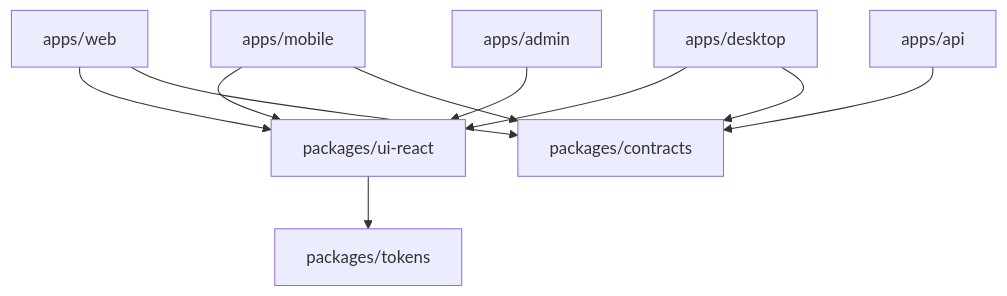
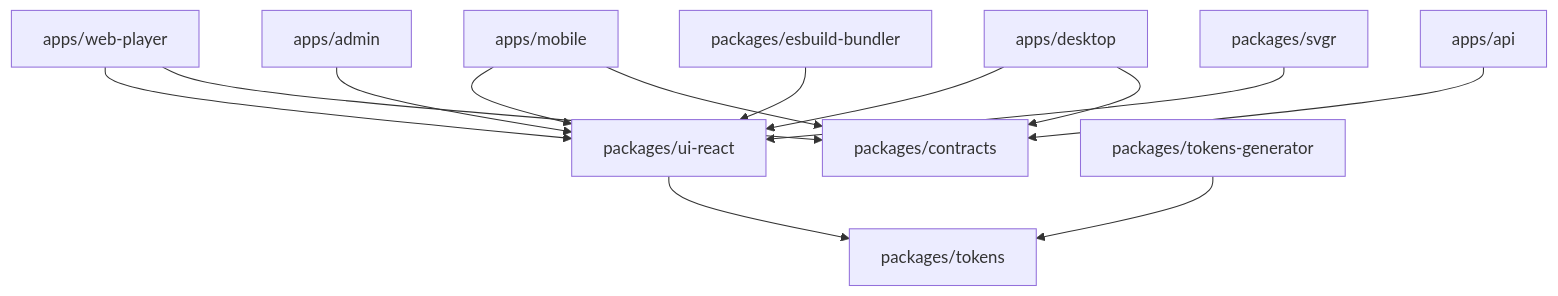
The third of 5 diagrams in apps/docs/docs/getting-started/architecture.md (Lordpluha/spotify-clone), drawn with Mermaid before and after one commit. The commit also changed other lines of this file and 77 other files, not shown here.

````diff
--- a/apps/docs/docs/getting-started/architecture.md
+++ b/apps/docs/docs/getting-started/architecture.md
@@ -170,12 +161,15 @@
 ```mermaid
 graph TD
-    A[apps/web] --> B[packages/ui-react]
+    A[apps/web-player] --> B[packages/ui-react]
     C[apps/mobile] --> B
     D[apps/desktop] --> B
     A --> E[packages/contracts]
     C --> E
     D --> E
     F[apps/api] --> E
-    B --> G[packages/tokens]
-    H[apps/admin] --> B
+    G[apps/admin] --> B
+    B --> H[packages/tokens]
+    I[packages/tokens-generator] --> H
+    J[packages/esbuild-bundler] --> B
+    K[packages/svgr] --> B
 ```
````
